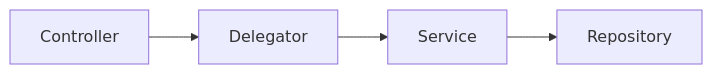
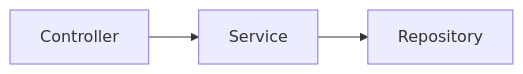
The first of 3 diagrams in _posts/2023-02-26-summarize-hexagonal-architecture.md (mystria/mystria.github.io), drawn with Mermaid before and after one commit.

````diff
--- a/_posts/2023-02-26-summarize-hexagonal-architecture.md
+++ b/_posts/2023-02-26-summarize-hexagonal-architecture.md
@@ -39,4 +39,4 @@
 ```mermaid
 flowchart LR
-    A[Controller] --> B[Delegator] --> C[Service] --> D[Repository]
+    A[Controller] --> B[Service] --> C[Repository]
 ```
````
